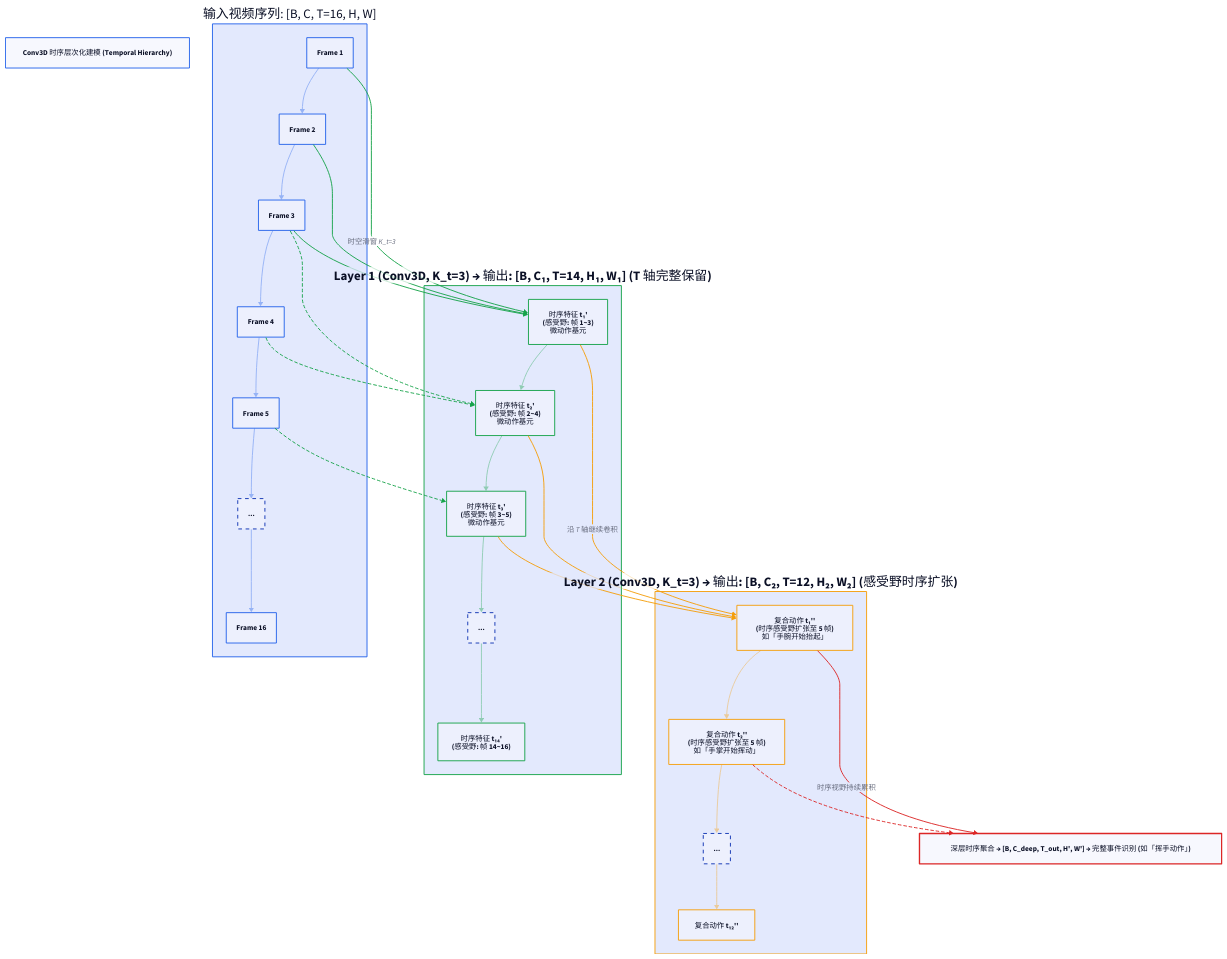
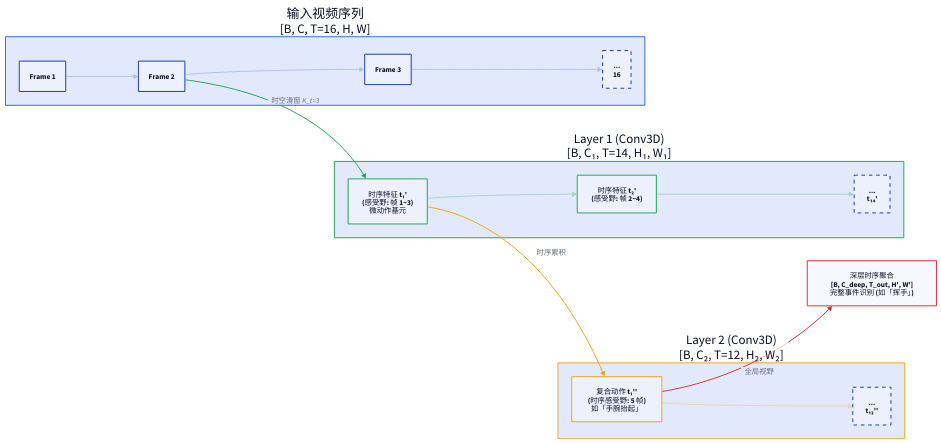
One commit to 111qqz/111qqz.github.io changed the diagram in images/video-does-not-need-video-model/conv3d-temporal-hierarchy.d2. Above: the diagram before and after it, drawn with D2. The commit also changed 664 other files, not shown here.

Commit message:
fix: 修复近一月博文AI味、修正分类并重构超高D2图表 111qqz/hugo-blog@6bf4f5b307e531cbd004f0fceee9afe3fb040510

```diff
--- a/images/video-does-not-need-video-model/conv3d-temporal-hierarchy.d2
+++ b/images/video-does-not-need-video-model/conv3d-temporal-hierarchy.d2
@@ -1,89 +1,49 @@
-direction: down
+direction: right
 
-title: "Conv3D 时序层次化建模 (Temporal Hierarchy)" {
-  style.bold: true
+level0: "输入视频序列\n[B, C, T=16, H, W]" {
+  direction: right
+  style.stroke: "#2563eb"
   style.stroke-width: 2
-  style.stroke: "#2563eb"
+  f1: "Frame 1"
+  f2: "Frame 2"
+  f3: "Frame 3"
+  f_rest: "...\n16" {style.stroke-dash: 4}
+  f1 -> f2 -> f3 -> f_rest: {style.stroke: "#2563eb"; style.opacity: 0.3}
 }
 
-level0: "输入视频序列: [B, C, T=16, H, W]" {
-  style.stroke: "#2563eb"
-  style.stroke-width: 2
-
+level1: "Layer 1 (Conv3D)\n[B, C₁, T=14, H₁, W₁]" {
   direction: right
-  f1: "Frame 1" {style.stroke: "#2563eb"}
-  f2: "Frame 2" {style.stroke: "#2563eb"}
-  f3: "Frame 3" {style.stroke: "#2563eb"}
-  f4: "Frame 4" {style.stroke: "#2563eb"}
-  f5: "Frame 5" {style.stroke: "#2563eb"}
-  dots0: "..." {style.stroke-dash: 4}
-  f16: "Frame 16" {style.stroke: "#2563eb"}
-
-  f1 -> f2 -> f3 -> f4 -> f5 -> dots0 -> f16: {style.stroke: "#2563eb"; style.opacity: 0.4}
-}
-
-level1: "Layer 1 (Conv3D, K_t=3) → 输出: [B, C₁, T=14, H₁, W₁] (T 轴完整保留)" {
   style.stroke: "#16a34a"
   style.stroke-width: 2
-  style.bold: true
-
-  direction: right
   m1: "时序特征 t₁'\n(感受野: 帧 1~3)\n微动作基元" {
     style.stroke: "#16a34a"
     style.bold: true
   }
-  m2: "时序特征 t₂'\n(感受野: 帧 2~4)\n微动作基元" {
+  m2: "时序特征 t₂'\n(感受野: 帧 2~4)" {
     style.stroke: "#16a34a"
   }
-  m3: "时序特征 t₃'\n(感受野: 帧 3~5)\n微动作基元" {
-    style.stroke: "#16a34a"
-  }
-  dots1: "..." {style.stroke-dash: 4}
-  m14: "时序特征 t₁₄'\n(感受野: 帧 14~16)" {
-    style.stroke: "#16a34a"
-  }
-
-  m1 -> m2 -> m3 -> dots1 -> m14: {style.stroke: "#16a34a"; style.opacity: 0.4}
+  m_rest: "...\nt₁₄'" {style.stroke-dash: 4}
+  m1 -> m2 -> m_rest: {style.stroke: "#16a34a"; style.opacity: 0.3}
 }
 
-level2: "Layer 2 (Conv3D, K_t=3) → 输出: [B, C₂, T=12, H₂, W₂] (感受野时序扩张)" {
+level2: "Layer 2 (Conv3D)\n[B, C₂, T=12, H₂, W₂]" {
+  direction: right
   style.stroke: "#f59e0b"
   style.stroke-width: 2
-  style.bold: true
-
-  direction: right
-  a1: "复合动作 t₁''\n(时序感受野扩张至 5 帧)\n如「手腕开始抬起」" {
+  a1: "复合动作 t₁''\n(时序感受野: 5 帧)\n如「手腕抬起」" {
     style.stroke: "#f59e0b"
     style.bold: true
   }
-  a2: "复合动作 t₂''\n(时序感受野扩张至 5 帧)\n如「手掌开始挥动」" {
-    style.stroke: "#f59e0b"
-  }
-  dots2: "..." {style.stroke-dash: 4}
-  a12: "复合动作 t₁₂''" {
-    style.stroke: "#f59e0b"
-  }
-
-  a1 -> a2 -> dots2 -> a12: {style.stroke: "#f59e0b"; style.opacity: 0.4}
+  a_rest: "...\nt₁₂''" {style.stroke-dash: 4}
+  a1 -> a_rest: {style.stroke: "#f59e0b"; style.opacity: 0.3}
 }
 
-deep_event: "深层时序聚合 → [B, C_deep, T_out, H', W'] → 完整事件识别 (如「挥手动作」)" {
+deep_event: "深层时序聚合\n[B, C_deep, T_out, H', W']\n完整事件识别 (如「挥手」)" {
   style.stroke: "#dc2626"
-  style.stroke-width: 3
+  style.stroke-width: 2
   style.bold: true
 }
 
-level0.f1 -> level1.m1: "时空滑窗 K_t=3" {style.stroke: "#16a34a"}
-level0.f2 -> level1.m1 {style.stroke: "#16a34a"}
-level0.f3 -> level1.m1 {style.stroke: "#16a34a"}
-
-level0.f3 -> level1.m2 {style.stroke: "#16a34a"; style.stroke-dash: 3}
-level0.f4 -> level1.m2 {style.stroke: "#16a34a"; style.stroke-dash: 3}
-level0.f5 -> level1.m3 {style.stroke: "#16a34a"; style.stroke-dash: 3}
-
-level1.m1 -> level2.a1: "沿 T 轴继续卷积" {style.stroke: "#f59e0b"}
-level1.m2 -> level2.a1 {style.stroke: "#f59e0b"}
-level1.m3 -> level2.a1 {style.stroke: "#f59e0b"}
-
-level2.a1 -> deep_event: "时序视野持续累积" {style.stroke: "#dc2626"; style.bold: true}
-level2.a2 -> deep_event {style.stroke: "#dc2626"; style.stroke-dash: 3}
+level0.f2 -> level1.m1: "时空滑窗 K_t=3" {style.stroke: "#16a34a"}
+level1.m1 -> level2.a1: "时序累积" {style.stroke: "#f59e0b"}
+level2.a1 -> deep_event: "全局视野" {style.stroke: "#dc2626"; style.bold: true}
```
